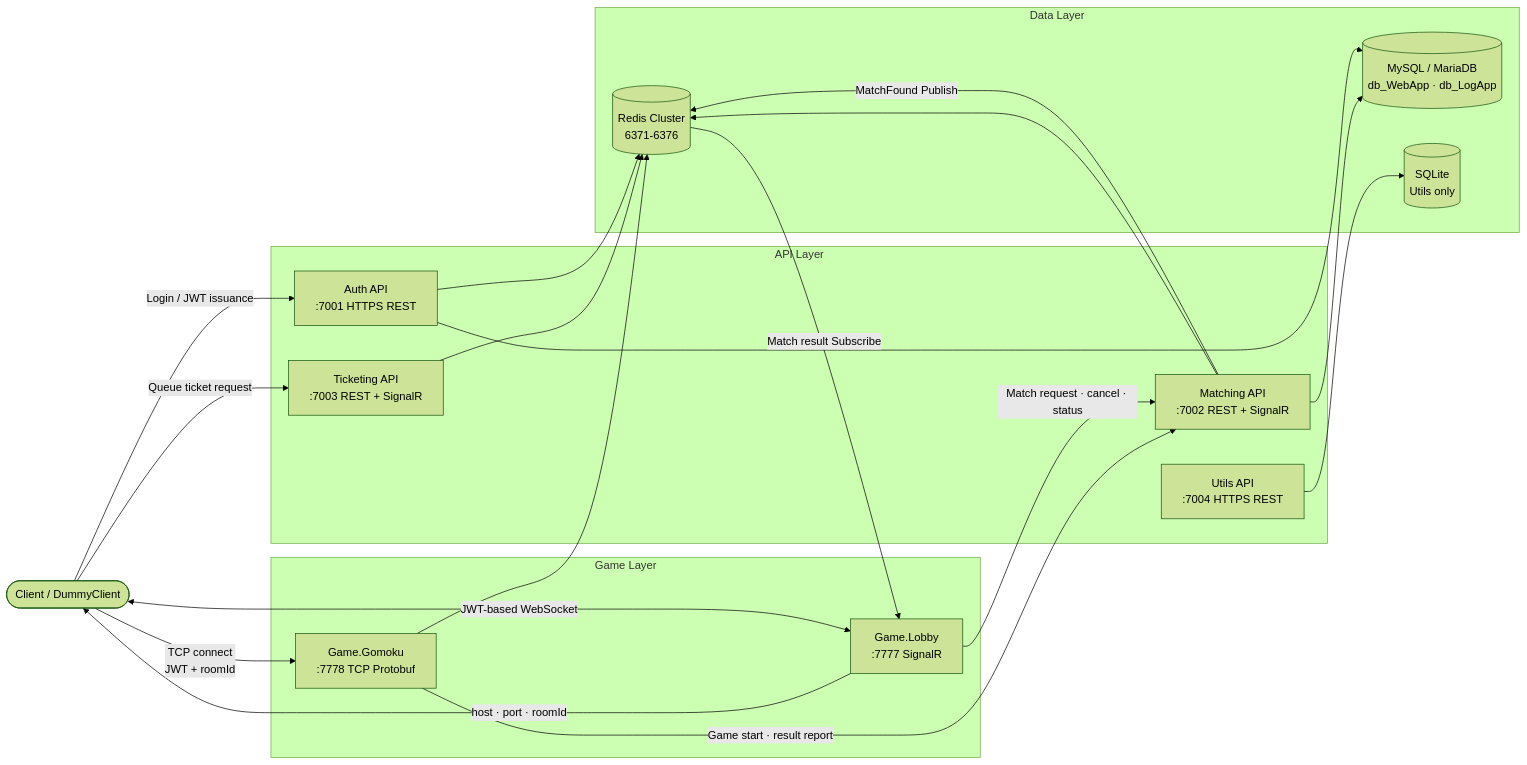
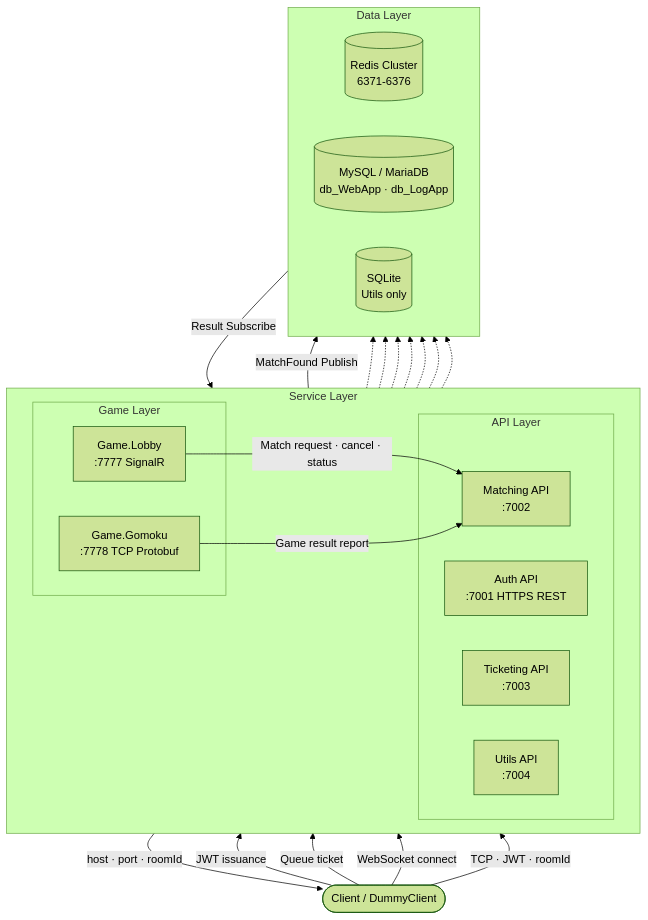
Before and after one commit to rumdice/platformA: the first of 2 diagrams in README.en.md, drawn with Mermaid (forest theme). The commit also changed 3 other files, not shown here.

First line of the commit message:
docs: 아키텍처 Mermaid 다이어그램 레이아웃 개선

````diff
--- a/README.en.md
+++ b/README.en.md
@@ -19,42 +19,42 @@
 ```mermaid
-flowchart LR
+flowchart TB
     Client(["Client / DummyClient"])
 
-    subgraph API["API Layer"]
-        Auth["Auth API\n:7001 HTTPS REST"]
-        Ticket["Ticketing API\n:7003 REST + SignalR"]
-        Match["Matching API\n:7002 REST + SignalR"]
-        Utils["Utils API\n:7004 HTTPS REST"]
-    end
-
-    subgraph Game["Game Layer"]
-        Lobby["Game.Lobby\n:7777 SignalR"]
-        Gomoku["Game.Gomoku\n:7778 TCP Protobuf"]
+    subgraph Svc["Service Layer"]
+        direction LR
+        subgraph API["API Layer"]
+            Auth["Auth API\n:7001 HTTPS REST"]
+            Ticket["Ticketing API\n:7003"]
+            Match["Matching API\n:7002"]
+            Utils["Utils API\n:7004"]
+        end
+        subgraph Game["Game Layer"]
+            Lobby["Game.Lobby\n:7777 SignalR"]
+            Gomoku["Game.Gomoku\n:7778 TCP Protobuf"]
+        end
     end
 
     subgraph Data["Data Layer"]
+        direction LR
         Redis[("Redis Cluster\n6371-6376")]
         MySQL[("MySQL / MariaDB\ndb_WebApp · db_LogApp")]
         SQLite[("SQLite\nUtils only")]
     end
 
-    Client -->|Login / JWT issuance| Auth
-    Client -->|Queue ticket request| Ticket
-    Client <-->|JWT-based WebSocket| Lobby
+    Client -->|JWT issuance| Auth
+    Client -->|Queue ticket| Ticket
+    Client -->|WebSocket connect| Lobby
+    Client -->|TCP · JWT · roomId| Gomoku
 
     Lobby -->|Match request · cancel · status| Match
     Match -->|MatchFound Publish| Redis
-    Redis -->|Match result Subscribe| Lobby
+    Redis -->|Result Subscribe| Lobby
     Lobby -->|host · port · roomId| Client
+    Gomoku -->|Game result report| Match
 
-    Client -->|TCP connect\nJWT + roomId| Gomoku
-    Gomoku -->|Game start · result report| Match
-
-    Auth --> Redis
-    Auth --> MySQL
-    Ticket --> Redis
-    Match --> Redis
-    Match --> MySQL
-    Gomoku --> Redis
-    Utils --> SQLite
+    Auth -.-> Redis & MySQL
+    Ticket -.-> Redis
+    Match -.-> Redis & MySQL
+    Gomoku -.-> Redis
+    Utils -.-> SQLite
 ```
````
